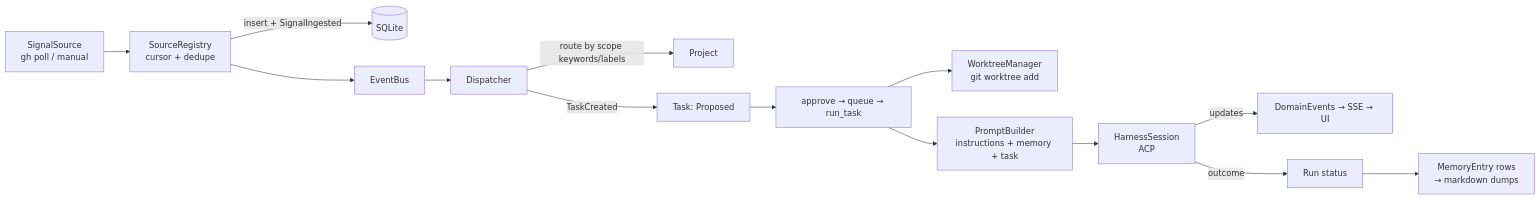
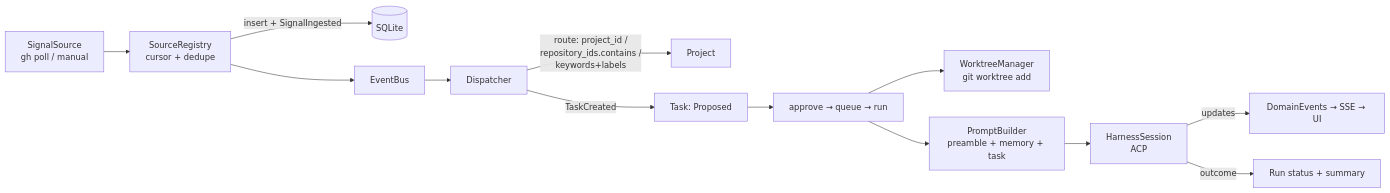
Before and after one commit to Mobius-Toolkit/Mobius: the third of 3 diagrams in docs/architecture/03-system-architecture.md, drawn with Mermaid. The commit also changed other lines of this file and 52 other files, not shown here.

````diff
--- a/docs/architecture/03-system-architecture.md
+++ b/docs/architecture/03-system-architecture.md
@@ -43,16 +72,15 @@
 ```mermaid
 flowchart LR
     S[SignalSource<br/>gh poll / manual] --> R[SourceRegistry<br/>cursor + dedupe]
     R -->|insert + SignalIngested| DB[(SQLite)]
     R --> E[EventBus]
     E --> D[Dispatcher]
-    D -->|route by scope keywords/labels| P[Project]
+    D -->|route: project_id /<br/>repository_ids.contains /<br/>keywords+labels| P[Project]
     D -->|TaskCreated| T[Task: Proposed]
-    T --> Q[approve → queue → run_task]
+    T --> Q[approve → queue → run]
     Q --> WT[WorktreeManager<br/>git worktree add]
-    Q --> PB[PromptBuilder<br/>instructions + memory + task]
+    Q --> PB[PromptBuilder<br/>preamble + memory + task]
     PB --> HS[HarnessSession<br/>ACP]
     HS -->|updates| EV[DomainEvents → SSE → UI]
-    HS -->|outcome| RUN[Run status]
-    RUN --> MEM[MemoryEntry rows<br/>→ markdown dumps]
+    HS -->|outcome| RUN[Run status + summary]
 ```
````
